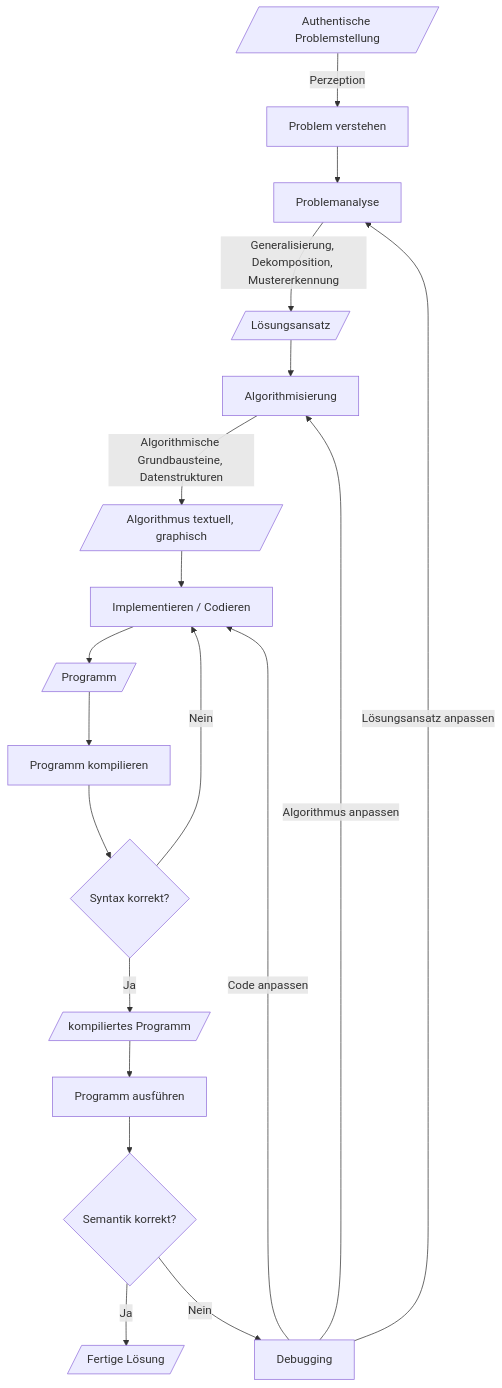
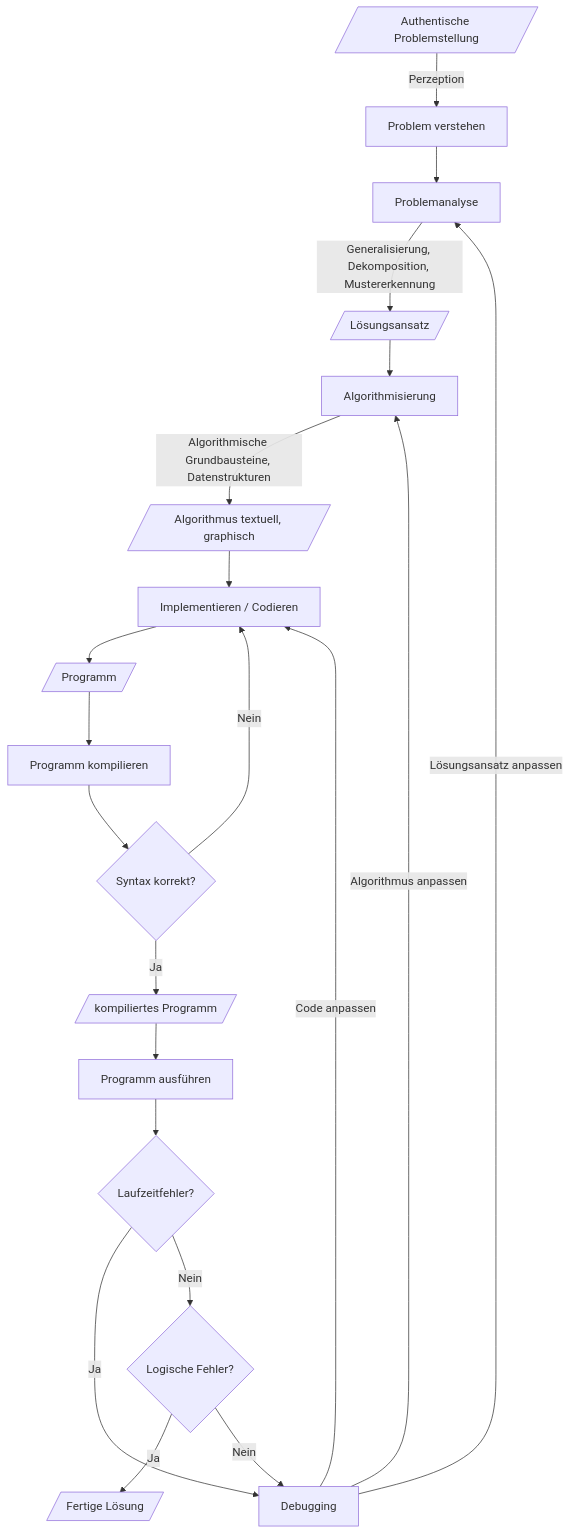
The diagram in Didaktik/Zentrale-Ideen.md (clander/voprogrammieren), drawn with Mermaid before and after one commit. The commit also changed other lines of this file and 1 other file, not shown here.

````diff
--- a/Didaktik/Zentrale-Ideen.md
+++ b/Didaktik/Zentrale-Ideen.md
@@ -65,21 +70,22 @@
 ```mermaid
 flowchart TD
     A[/Authentische Problemstellung/] 
     --> |Perzeption|B[Problem verstehen] 
     --> C[Problemanalyse] 
     --> |Generalisierung, Dekomposition, Mustererkennung|D[/Lösungsansatz/] 
     --> E[Algorithmisierung] 
     --> |Algorithmische Grundbausteine, Datenstrukturen| F[/Algorithmus textuell, graphisch/] 
     --> G[Implementieren / Codieren] 
     --> H[/Programm/]
     --> I[Programm kompilieren] 
     --> J{Syntax korrekt?}
     --> |Nein| G
     J -->|Ja| K[/kompiliertes Programm/] 
     K --> L[Programm ausführen]
-    --> N{Semantik korrekt?} 
+    L --> Q{Laufzeitfehler?}-->|Ja|M
+    Q-->|Nein|N{Logische Fehler?} 
     -->|Ja| O[/Fertige Lösung/]
     N --> |Nein| M[Debugging]-->|Code anpassen|G
     M -->|Lösungsansatz anpassen|C
     M --> |Algorithmus anpassen|E
 ```
````
